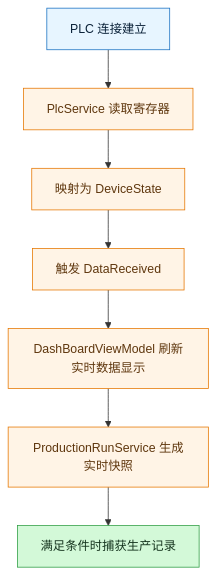
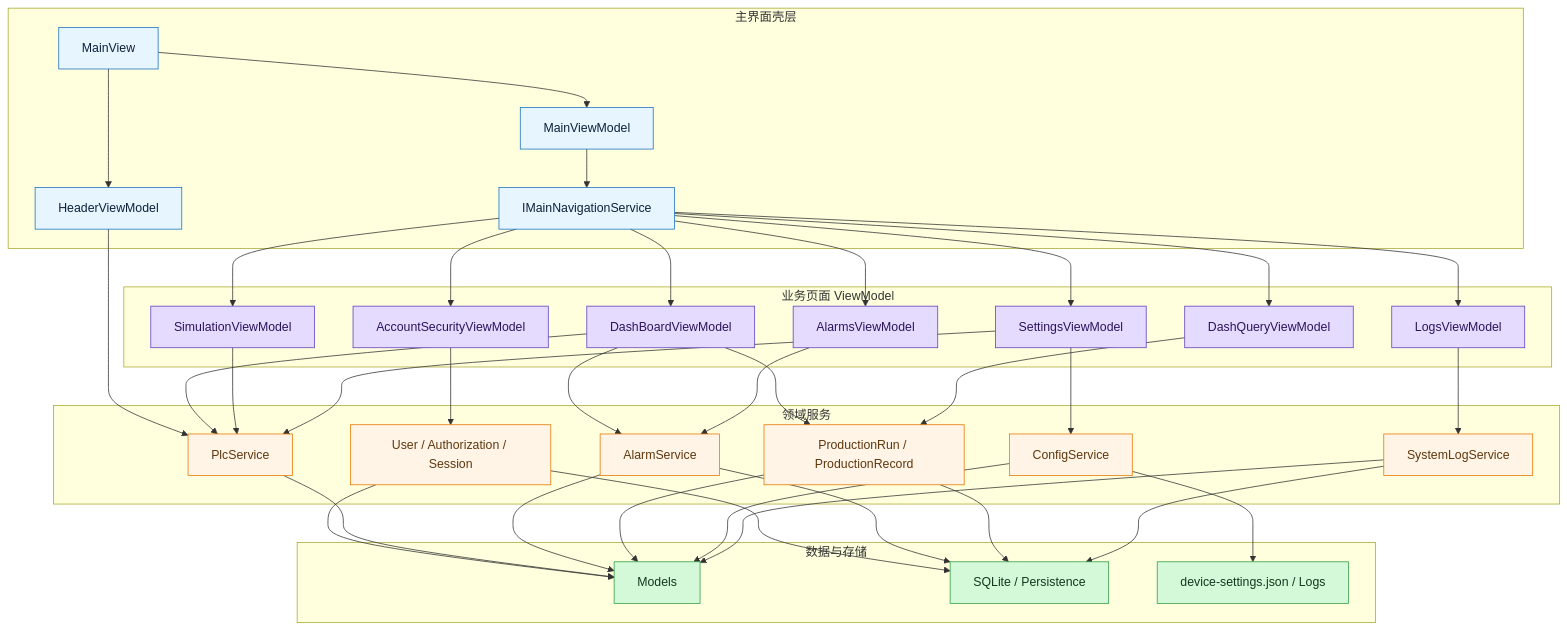
The second of 2 diagrams in README.md (Leaveblanket/SmartFillMonitor), drawn with Mermaid before and after one commit. The commit also changed other lines of this file, not shown here.

````diff
--- a/README.md
+++ b/README.md
@@ -407,17 +109,80 @@
 ```mermaid
 graph TB
-    plc["PLC 连接建立"] --> read["PlcService 读取寄存器"]
-    read --> map["映射为 DeviceState"]
-    map --> event["触发 DataReceived"]
-    event --> dash["DashBoardViewModel 刷新实时数据显示"]
-    dash --> snapshot["ProductionRunService 生成实时快照"]
-    snapshot --> capture["满足条件时捕获生产记录"]
+    subgraph shell["主界面壳层"]
+        mainview["MainView"]
+        mainvm["MainViewModel"]
+        header["HeaderViewModel"]
+        nav["IMainNavigationService"]
+    end
 
-    classDef device fill:#e7f5ff,stroke:#1971c2,color:#0b2239
-    classDef action fill:#fff4e6,stroke:#e67700,color:#5f370e
-    classDef result fill:#d3f9d8,stroke:#2f9e44,color:#16351f
+    subgraph pages["业务页面 ViewModel"]
+        dashboard["DashBoardViewModel"]
+        simulation["SimulationViewModel"]
+        alarms["AlarmsViewModel"]
+        logs["LogsViewModel"]
+        settings["SettingsViewModel"]
+        account["AccountSecurityViewModel"]
+        query["DashQueryViewModel"]
+    end
 
-    class plc device
-    class read,map,event,dash,snapshot action
-    class capture result
+    subgraph services["领域服务"]
+        usersvc["User / Authorization / Session"]
+        plcsvc["PlcService"]
+        alarmsvc["AlarmService"]
+        prodsvc["ProductionRun / ProductionRecord"]
+        configsvc["ConfigService"]
+        logsvc["SystemLogService"]
+    end
+
+    subgraph storage["数据与存储"]
+        models["Models"]
+        db["SQLite / Persistence"]
+        files["device-settings.json / Logs"]
+    end
+
+    mainview --> mainvm
+    mainview --> header
+    mainvm --> nav
+    nav --> dashboard
+    nav --> simulation
+    nav --> alarms
+    nav --> logs
+    nav --> settings
+    nav --> account
+    nav --> query
+
+    header --> plcsvc
+    dashboard --> plcsvc
+    dashboard --> alarmsvc
+    dashboard --> prodsvc
+    simulation --> plcsvc
+    alarms --> alarmsvc
+    logs --> logsvc
+    settings --> configsvc
+    settings --> plcsvc
+    account --> usersvc
+    query --> prodsvc
+
+    usersvc --> models
+    plcsvc --> models
+    alarmsvc --> models
+    prodsvc --> models
+    configsvc --> models
+    logsvc --> models
+
+    usersvc --> db
+    alarmsvc --> db
+    prodsvc --> db
+    logsvc --> db
+    configsvc --> files
+
+    classDef shellStyle fill:#e7f5ff,stroke:#1971c2,color:#0b2239
+    classDef pageStyle fill:#e5dbff,stroke:#5f3dc4,color:#2b145c
+    classDef serviceStyle fill:#fff4e6,stroke:#e67700,color:#5f370e
+    classDef dataStyle fill:#d3f9d8,stroke:#2f9e44,color:#16351f
+
+    class mainview,mainvm,header,nav shellStyle
+    class dashboard,simulation,alarms,logs,settings,account,query pageStyle
+    class usersvc,plcsvc,alarmsvc,prodsvc,configsvc,logsvc serviceStyle
+    class models,db,files dataStyle
 ```
````
